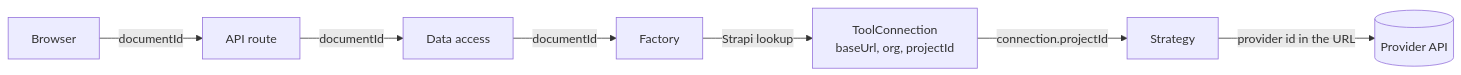
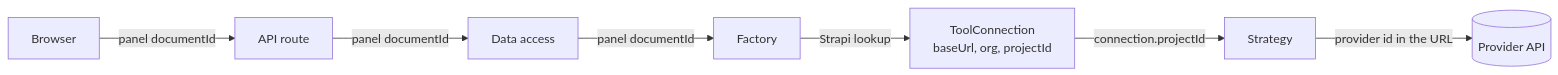
Before and after one commit to webteamuxco/dashboard-monitor: the first of 11 diagrams in apps/docs-site/docs/data-flow.md, drawn with Mermaid. The commit also changed other lines of this file and 27 other files, not shown here.

````diff
--- a/apps/docs-site/docs/data-flow.md
+++ b/apps/docs-site/docs/data-flow.md
@@ -9,9 +22,9 @@
 ```mermaid
 flowchart LR
-    Browser -->|documentId| Route[API route]
-    Route -->|documentId| DA[Data access]
-    DA -->|documentId| Factory
+    Browser -->|panel documentId| Route[API route]
+    Route -->|panel documentId| DA[Data access]
+    DA -->|panel documentId| Factory
     Factory -->|Strapi lookup| Conn[ToolConnection<br/>baseUrl, org, projectId]
     Conn -->|connection.projectId| Strategy
     Strategy -->|provider id in the URL| Ext[(Provider API)]
 ```
````
